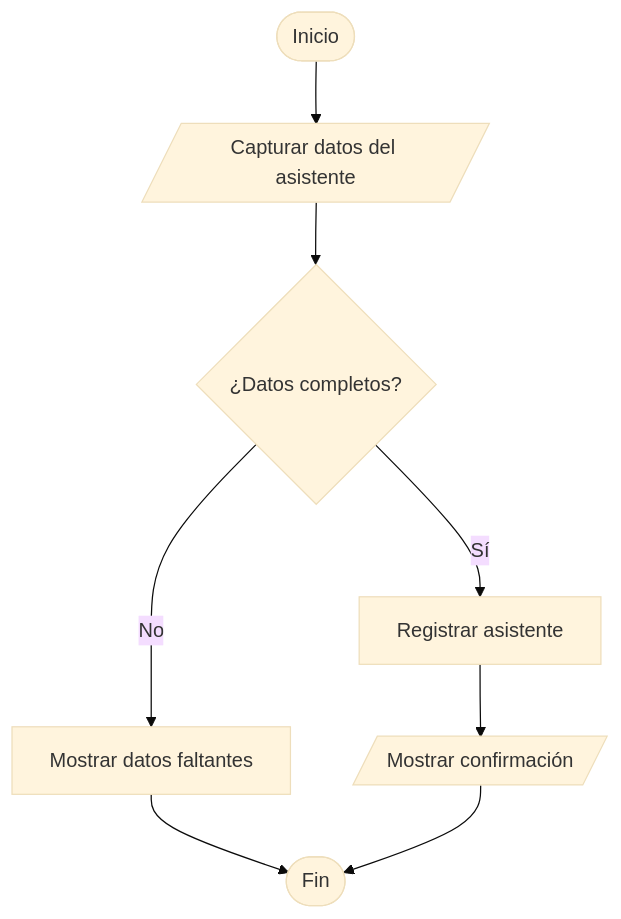
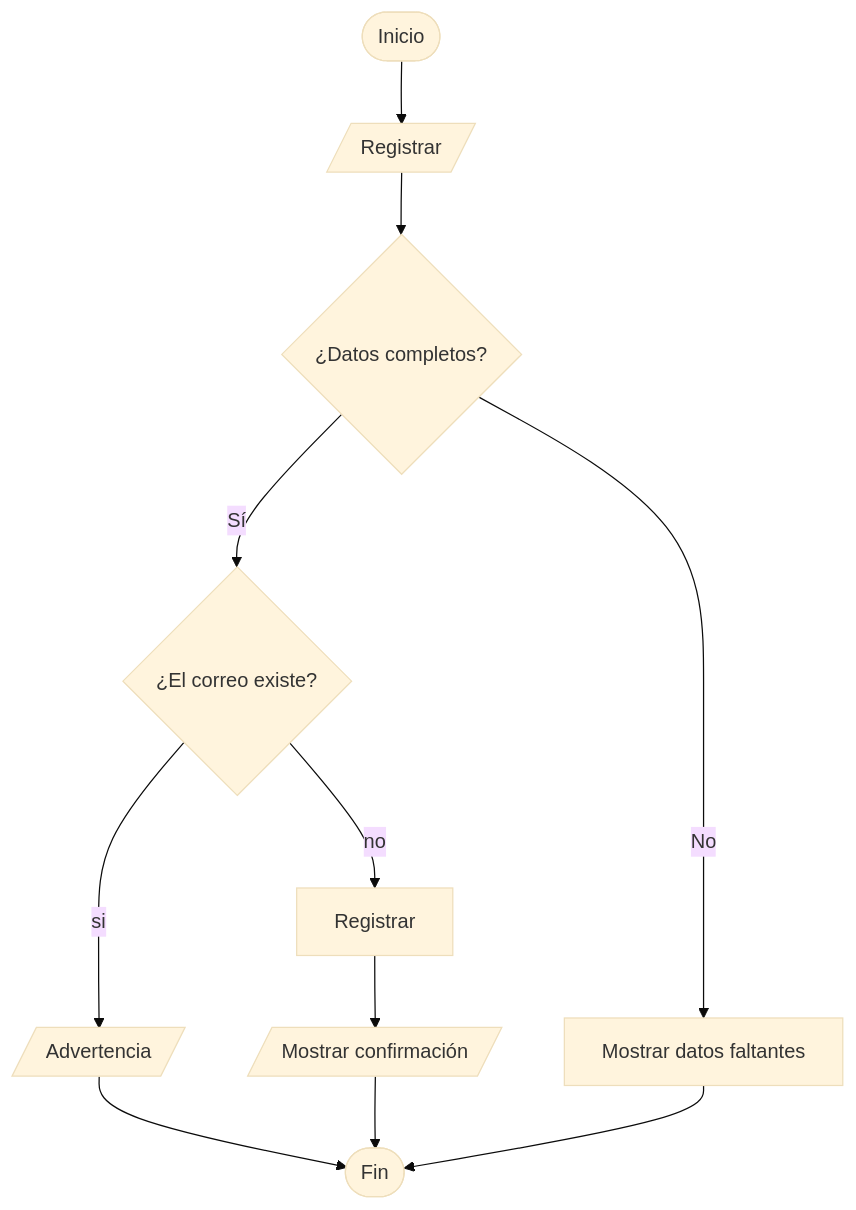
Before and after one commit to Sergio-Becerril/SEConference: the diagram in diagramas/diagrama_flujo.md, drawn with Mermaid (base theme).

Commit message:
docs: actualizacion diagrama de flujo

````diff
--- a/diagramas/diagrama_flujo.md
+++ b/diagramas/diagrama_flujo.md
@@ -1,17 +1,13 @@
 ```mermaid
 flowchart TD
-
-    A([Inicio]) --> B[/Capturar datos del asistente/]
-
+    A([Inicio]) --> B[/Registrar/]
     B --> C{¿Datos completos?}
-
-    C -->|Sí| D[Registrar asistente]
-
-    D -->F[/Mostrar confirmación/]
-
+    C -->|Sí| D{¿El correo existe?}
+    D -->|si| H[/Advertencia/]
+    H --> G
+    D -->|no| I[Registrar]
+    I -->F[/Mostrar confirmación/]
     C -->|No| E[Mostrar datos faltantes]
-
     E -->G([Fin])
-
     F --> G
 ```
````
